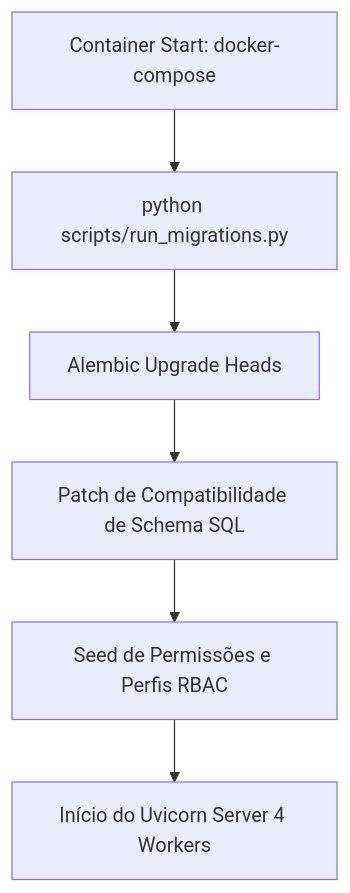
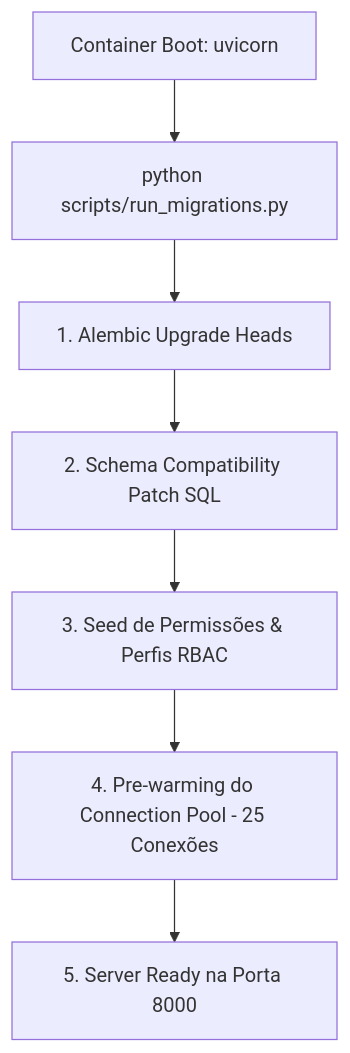
One commit to valfredodefarias/KyrusTech changed the second of 2 diagrams in docs/ARQUITETURA_E_STARTUP.md. Above: the diagram before and after it, drawn with Mermaid. The commit also changed other lines of this file and 3 other files, not shown here.

````diff
--- a/docs/ARQUITETURA_E_STARTUP.md
+++ b/docs/ARQUITETURA_E_STARTUP.md
@@ -11,8 +35,9 @@
 ```mermaid
 graph TD
-    A[Container Start: docker-compose] --> B[python scripts/run_migrations.py]
-    B --> C[Alembic Upgrade Heads]
-    C --> D[Patch de Compatibilidade de Schema SQL]
-    D --> E[Seed de Permissões e Perfis RBAC]
-    E --> F[Início do Uvicorn Server 4 Workers]
+    A[Container Boot: uvicorn] --> B[python scripts/run_migrations.py]
+    B --> C[1. Alembic Upgrade Heads]
+    C --> D[2. Schema Compatibility Patch SQL]
+    D --> E[3. Seed de Permissões & Perfis RBAC]
+    E --> F[4. Pre-warming do Connection Pool - 25 Conexões]
+    F --> G[5. Server Ready na Porta 8000]
 ```
````
